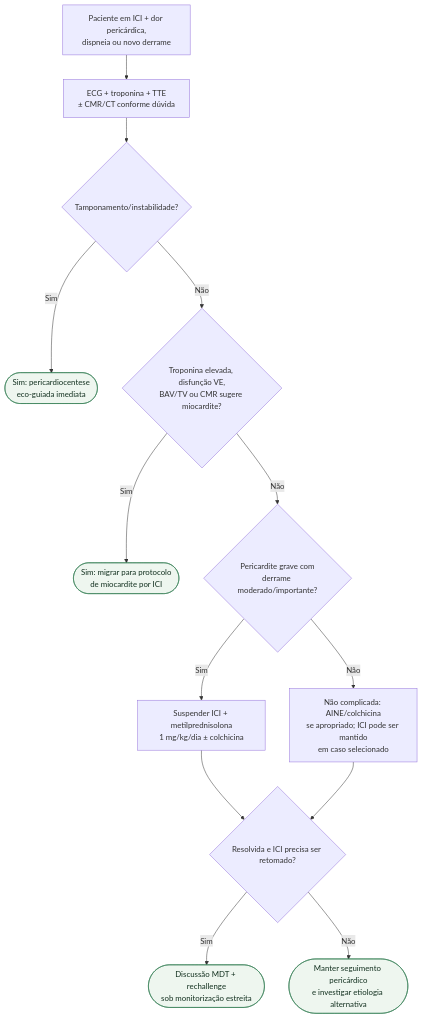
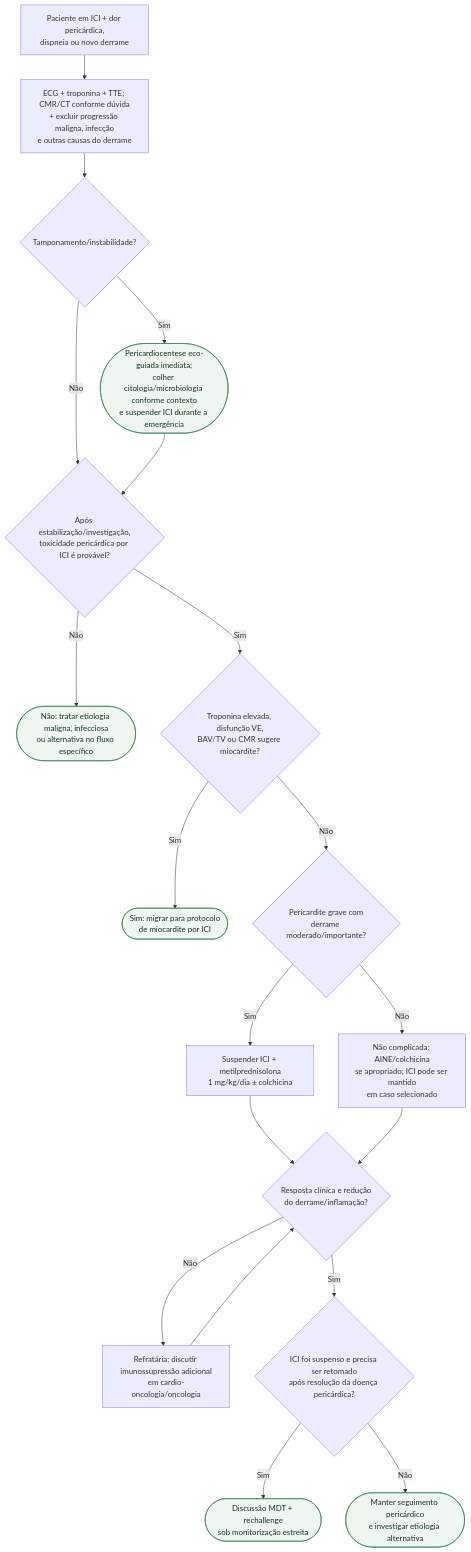
One commit to rafaelpaesmeirelles/MeuCardio changed the diagram in content/Cardio-oncologia/fluxograma-pericardite-e-derrame-pericardico-associados-a-ici.md. Above: the diagram before and after it, drawn with Mermaid. The commit also changed other lines of this file and 26 other files, not shown here.

````diff
--- a/content/Cardio-oncologia/fluxograma-pericardite-e-derrame-pericardico-associados-a-ici.md
+++ b/content/Cardio-oncologia/fluxograma-pericardite-e-derrame-pericardico-associados-a-ici.md
@@ -13,31 +14,41 @@
 ```mermaid
 flowchart TD
   R0["Paciente em ICI + dor pericárdica,<br/>dispneia ou novo derrame"]
-  P1["ECG + troponina + TTE<br/>± CMR/CT conforme dúvida"]
+  P1["ECG + troponina + TTE; CMR/CT conforme dúvida<br/>+ excluir progressão maligna, infecção<br/>e outras causas do derrame"]
   D1{"Tamponamento/instabilidade?"}
-  C1(["Sim: pericardiocentese<br/>eco-guiada imediata"])
+  C1(["Pericardiocentese eco-guiada imediata;<br/>colher citologia/microbiologia conforme contexto<br/>e suspender ICI durante a emergência"])
+  D1A{"Após estabilização/investigação,<br/>toxicidade pericárdica por ICI é provável?"}
+  C5(["Não: tratar etiologia maligna, infecciosa<br/>ou alternativa no fluxo específico"])
   D2{"Troponina elevada, disfunção VE,<br/>BAV/TV ou CMR sugere miocardite?"}
   C2(["Sim: migrar para protocolo<br/>de miocardite por ICI"])
   D3{"Pericardite grave com<br/>derrame moderado/importante?"}
   P2["Suspender ICI + metilprednisolona<br/>1 mg/kg/dia ± colchicina"]
   P3["Não complicada: AINE/colchicina<br/>se apropriado; ICI pode ser mantido<br/>em caso selecionado"]
-  D4{"Resolvida e ICI precisa ser retomado?"}
+  D4{"Resposta clínica e redução<br/>do derrame/inflamação?"}
+  P4["Refratária: discutir imunossupressão adicional<br/>em cardio-oncologia/oncologia"]
+  D5{"ICI foi suspenso e precisa ser retomado<br/>após resolução da doença pericárdica?"}
   C3(["Discussão MDT + rechallenge<br/>sob monitorização estreita"])
   C4(["Manter seguimento pericárdico<br/>e investigar etiologia alternativa"])
 
   R0 --> P1
   P1 --> D1
   D1 -->|"Sim"| C1
-  D1 -->|"Não"| D2
+  D1 -->|"Não"| D1A
+  C1 --> D1A
+  D1A -->|"Sim"| D2
+  D1A -->|"Não"| C5
   D2 -->|"Sim"| C2
   D2 -->|"Não"| D3
   D3 -->|"Sim"| P2
   D3 -->|"Não"| P3
   P2 --> D4
   P3 --> D4
-  D4 -->|"Sim"| C3
-  D4 -->|"Não"| C4
+  D4 -->|"Não"| P4
+  D4 -->|"Sim"| D5
+  P4 --> D4
+  D5 -->|"Sim"| C3
+  D5 -->|"Não"| C4
 
   classDef conduta fill:#eef6ef,stroke:#2f7a4f,color:#12301f;
-  class C1,C2,C3,C4 conduta;
+  class C1,C2,C3,C4,C5 conduta;
 ```
````
